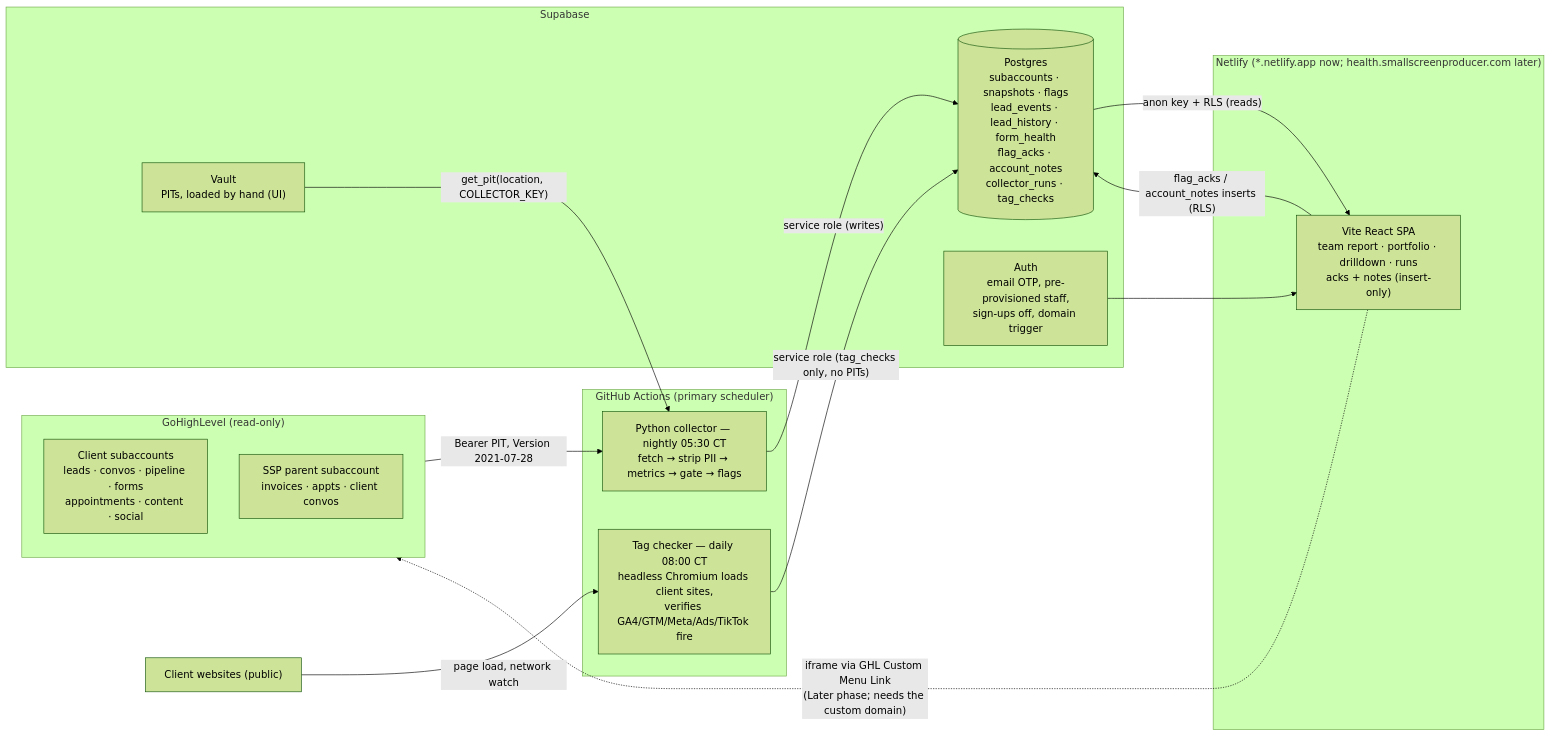
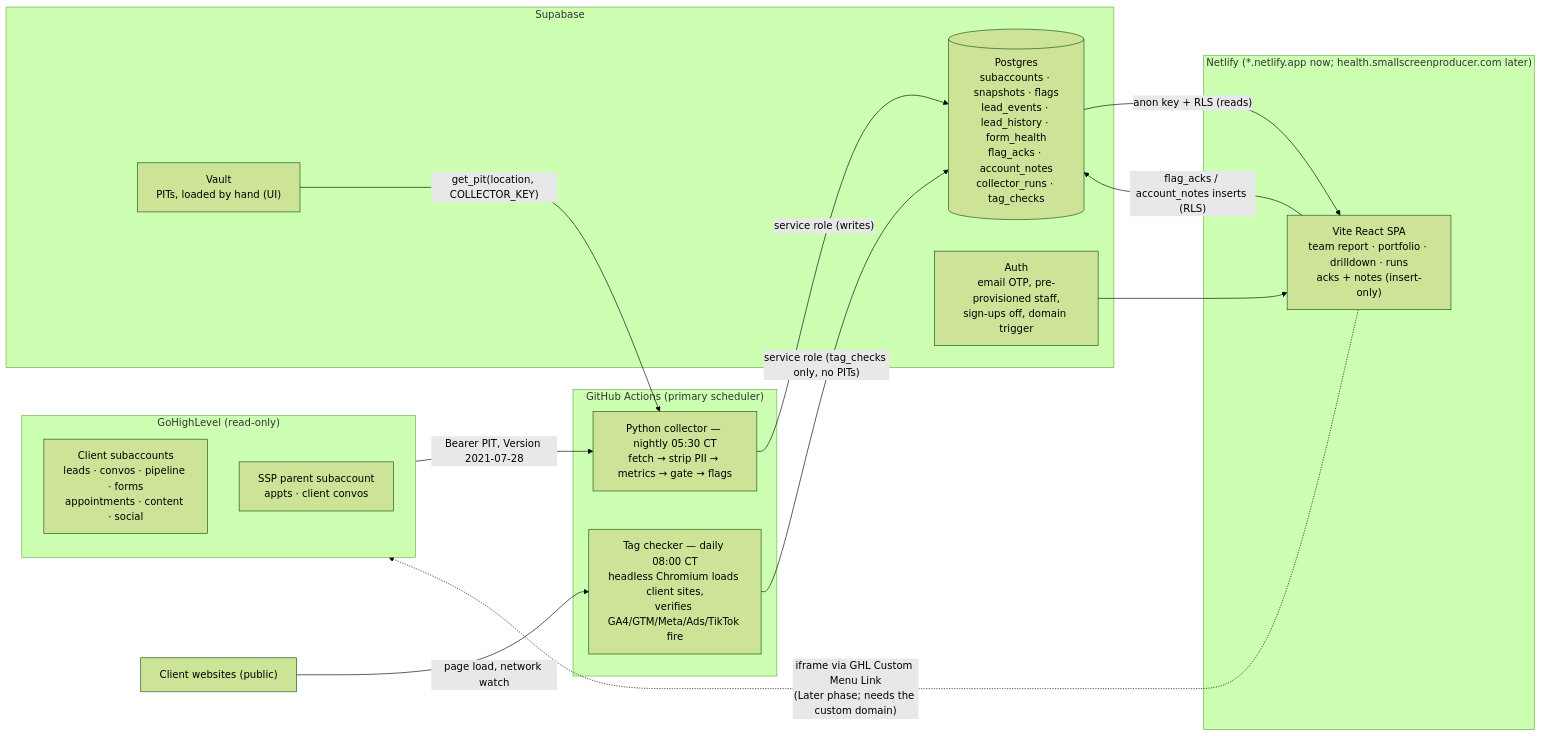
One commit to matthewcarlsonhome-cmd/GHLReports changed the diagram in docs/ARCHITECTURE.md. Above: the diagram before and after it, drawn with Mermaid (forest theme). The commit also changed other lines of this file and 24 other files, not shown here.

````diff
--- a/docs/ARCHITECTURE.md
+++ b/docs/ARCHITECTURE.md
@@ -10,32 +10,32 @@
 ```mermaid
 flowchart LR
     subgraph GHL["GoHighLevel (read-only)"]
         CA["Client subaccounts<br/>leads · convos · pipeline · forms<br/>appointments · content · social"]
-        PA["SSP parent subaccount<br/>invoices · appts · client convos"]
+        PA["SSP parent subaccount<br/>appts · client convos"]
     end
 
     subgraph GHA["GitHub Actions (primary scheduler)"]
         COL["Python collector — nightly 05:30 CT<br/>fetch → strip PII → metrics → gate → flags"]
         TAG["Tag checker — daily 08:00 CT<br/>headless Chromium loads client sites,<br/>verifies GA4/GTM/Meta/Ads/TikTok fire"]
     end
 
     subgraph Supabase
         VAULT["Vault<br/>PITs, loaded by hand (UI)"]
         DB[("Postgres<br/>subaccounts · snapshots · flags<br/>lead_events · lead_history · form_health<br/>flag_acks · account_notes<br/>collector_runs · tag_checks")]
         AUTH["Auth<br/>email OTP, pre-provisioned staff,<br/>sign-ups off, domain trigger"]
     end
 
     subgraph Netlify["Netlify (*.netlify.app now; health.smallscreenproducer.com later)"]
         SPA["Vite React SPA<br/>team report · portfolio · drilldown · runs<br/>acks + notes (insert-only)"]
     end
 
     WEB["Client websites (public)"] -- "page load, network watch" --> TAG
     GHL -- "Bearer PIT, Version 2021-07-28" --> COL
     VAULT -- "get_pit(location, COLLECTOR_KEY)" --> COL
     COL -- "service role (writes)" --> DB
     TAG -- "service role (tag_checks only, no PITs)" --> DB
     DB -- "anon key + RLS (reads)" --> SPA
     SPA -- "flag_acks / account_notes inserts (RLS)" --> DB
     AUTH --> SPA
     SPA -. "iframe via GHL Custom Menu Link<br/>(Later phase; needs the custom domain)" .-> GHL
 ```
````
